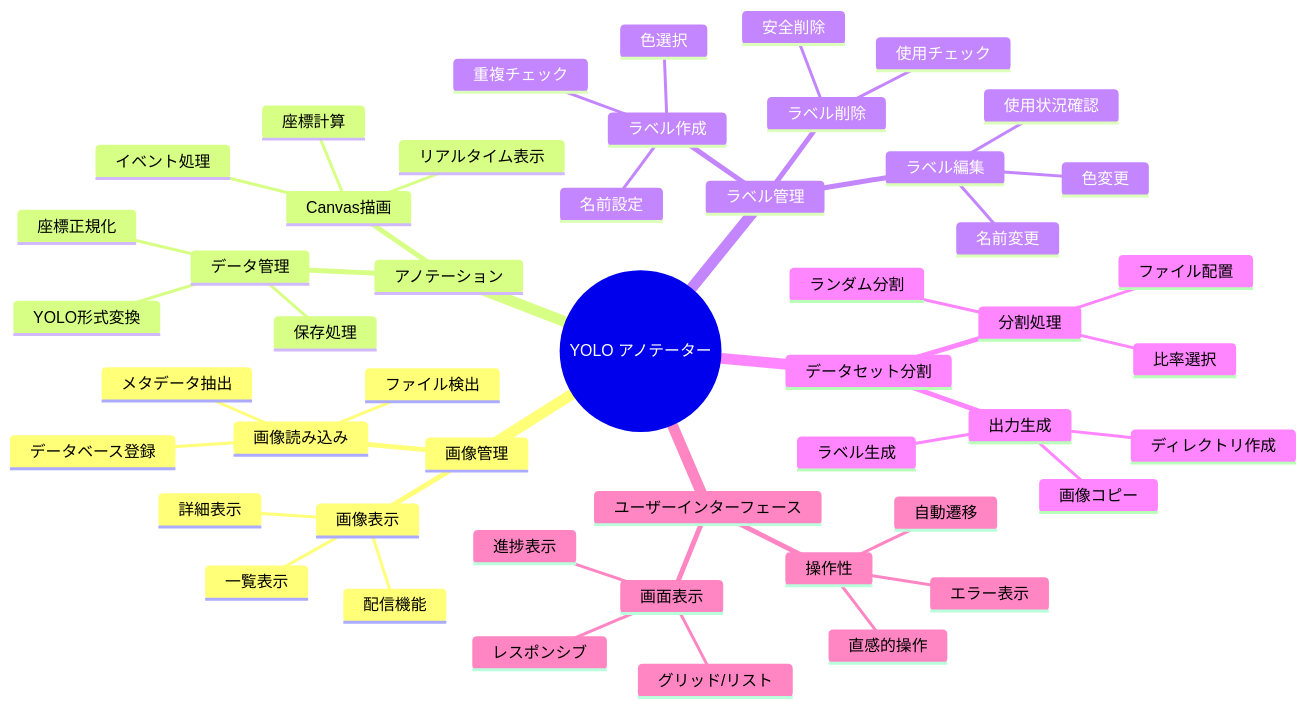
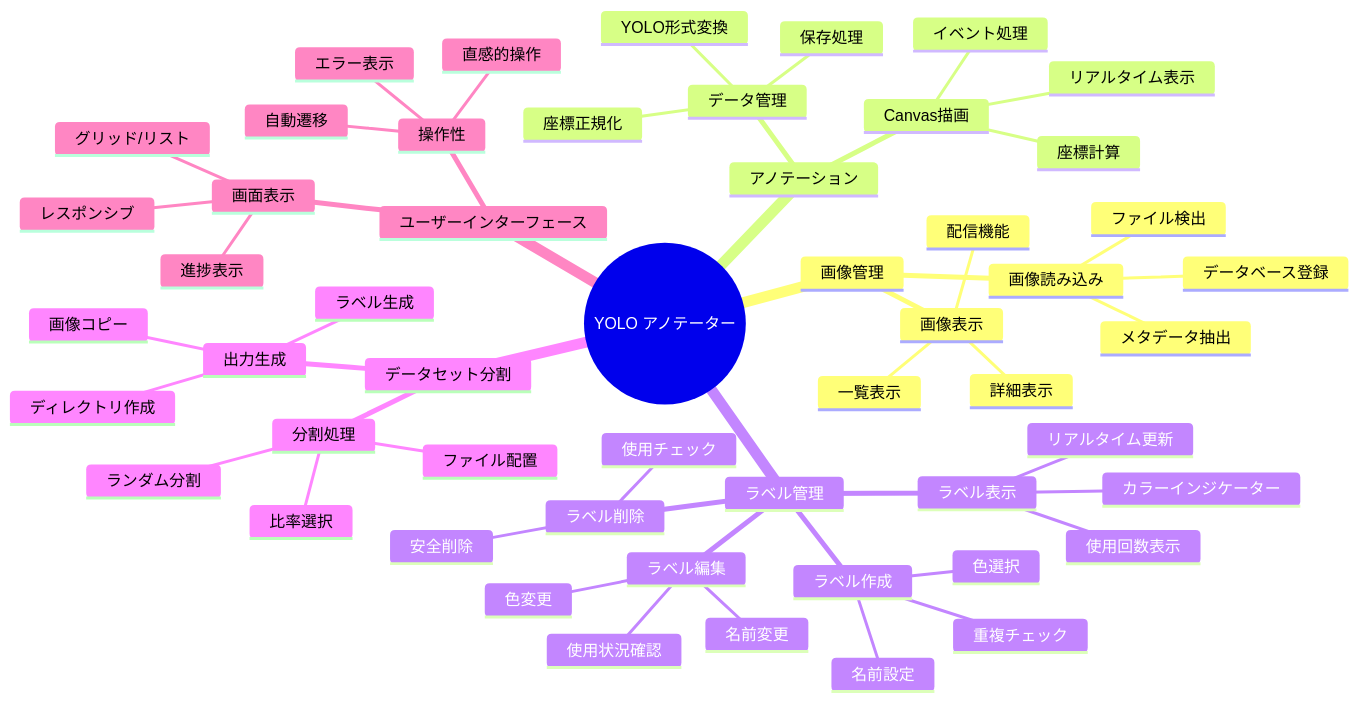
One commit to ikedachin/yolo_annotator changed the third of 7 diagrams in document.md. Above: the diagram before and after it, drawn with Mermaid. The commit also changed other lines of this file and 3 other files, not shown here.

````diff
--- a/document.md
+++ b/document.md
@@ -134,52 +135,56 @@
 ```mermaid
 mindmap
   root((YOLO アノテーター))
     画像管理
       画像読み込み
         ファイル検出
         メタデータ抽出
         データベース登録
       画像表示
         一覧表示
         詳細表示
         配信機能
     アノテーション
       Canvas描画
         座標計算
         リアルタイム表示
         イベント処理
       データ管理
         座標正規化
         YOLO形式変換
         保存処理
     ラベル管理
       ラベル作成
         名前設定
         色選択
         重複チェック
+      ラベル表示
+        使用回数表示
+        カラーインジケーター
+        リアルタイム更新
       ラベル編集
         名前変更
         色変更
         使用状況確認
       ラベル削除
         使用チェック
         安全削除
     データセット分割
       分割処理
         比率選択
         ランダム分割
         ファイル配置
       出力生成
         画像コピー
         ラベル生成
         ディレクトリ作成
     ユーザーインターフェース
       画面表示
         レスポンシブ
         グリッド/リスト
         進捗表示
       操作性
         直感的操作
         自動遷移
         エラー表示
 ```
````
